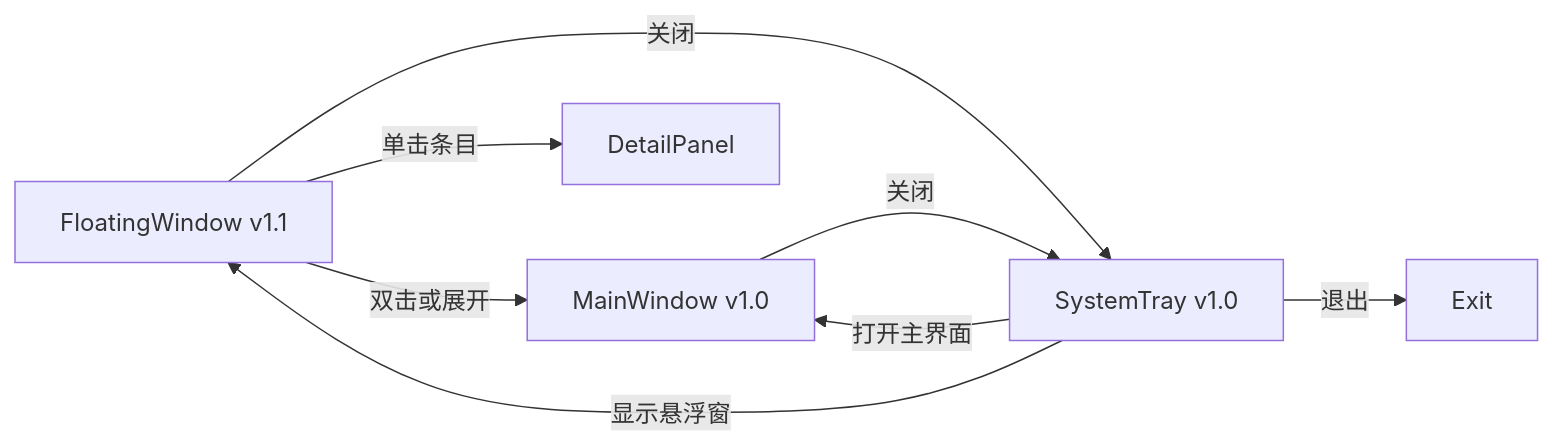
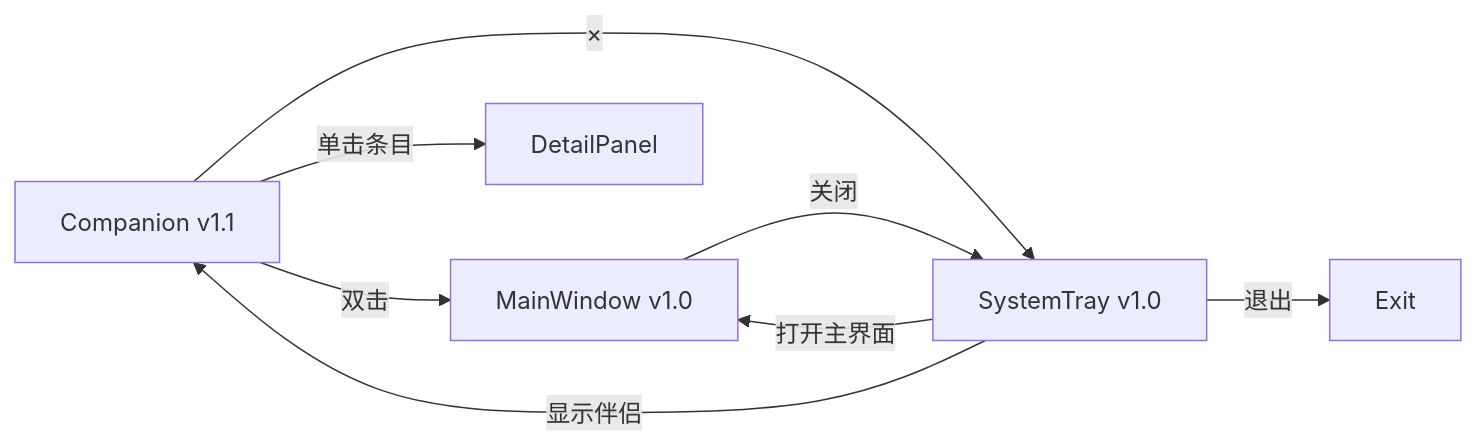
Before and after one commit to ForOnly/only-todo: the second of 2 diagrams in doc/产品需求.md, drawn with Mermaid. The commit also changed other lines of this file and 34 other files, not shown here.

````diff
--- a/doc/产品需求.md
+++ b/doc/产品需求.md
@@ -181,15 +181,15 @@
 ```mermaid
 flowchart LR
-    floatWin[FloatingWindow v1.1]
+    companion[Companion v1.1]
     mainWin[MainWindow v1.0]
     tray[SystemTray v1.0]
     detailPanel[DetailPanel]
 
-    floatWin -->|"单击条目"| detailPanel
-    floatWin -->|"双击或展开"| mainWin
-    floatWin -->|"关闭"| tray
+    companion -->|"单击条目"| detailPanel
+    companion -->|"双击"| mainWin
+    companion -->|"×"| tray
     mainWin -->|"关闭"| tray
     tray -->|"打开主界面"| mainWin
-    tray -->|"显示悬浮窗"| floatWin
+    tray -->|"显示伴侣"| companion
     tray -->|"退出"| exitNode[Exit]
 ```
````
